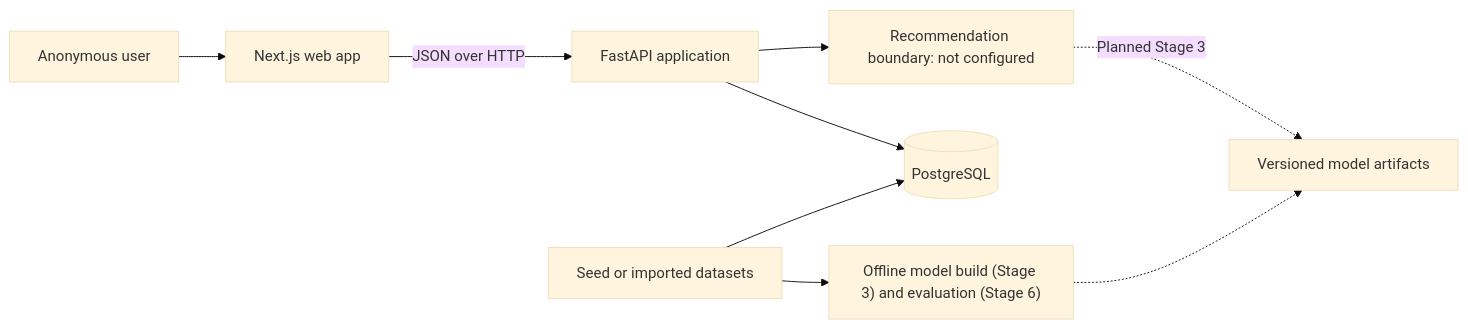
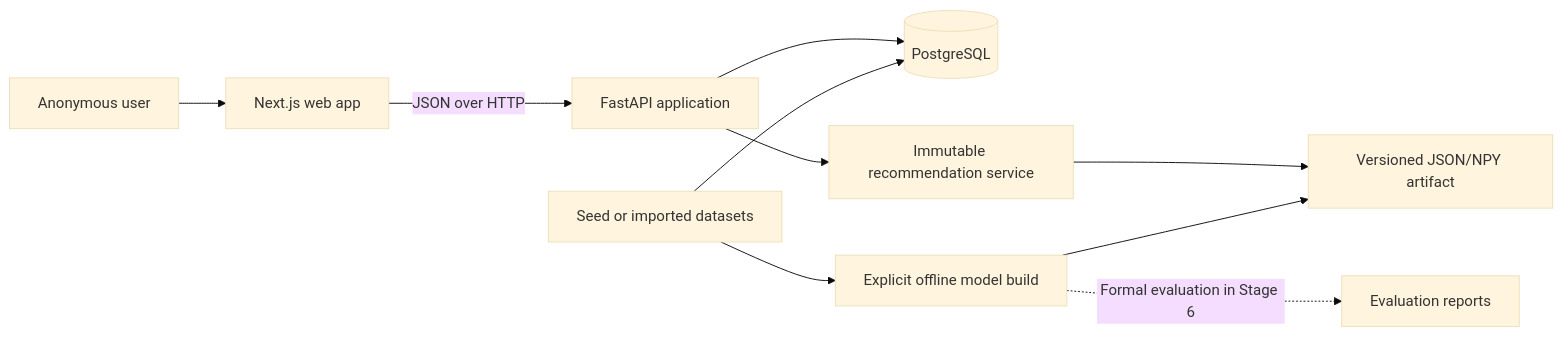
The diagram in README.md (Khang206206/gamelens-ai), drawn with Mermaid (base theme) before and after one commit. The commit also changed other lines of this file and 74 other files, not shown here.

````diff
--- a/README.md
+++ b/README.md
@@ -57,11 +70,12 @@
 ```mermaid
 flowchart LR
     U["Anonymous user"] --> W["Next.js web app"]
     W -->|"JSON over HTTP"| A["FastAPI application"]
     A --> P[("PostgreSQL")]
-    A --> R["Recommendation boundary: not configured"]
-    R -. "Planned Stage 3" .-> M["Versioned model artifacts"]
-    T["Offline model build (Stage 3) and evaluation (Stage 6)"] -.-> M
+    A --> R["Immutable recommendation service"]
+    R --> M["Versioned JSON/NPY artifact"]
+    T["Explicit offline model build"] --> M
+    T -. "Formal evaluation in Stage 6" .-> E["Evaluation reports"]
     D["Seed or imported datasets"] --> T
     D --> P
 ```
````
